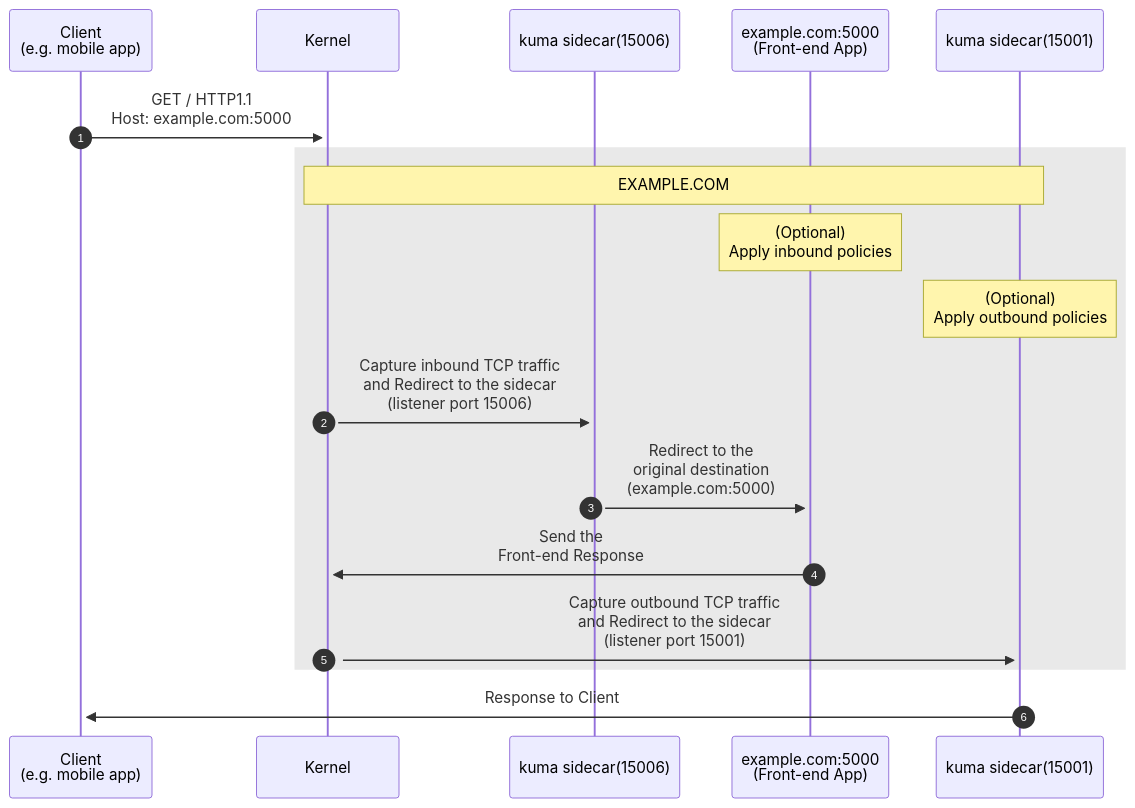
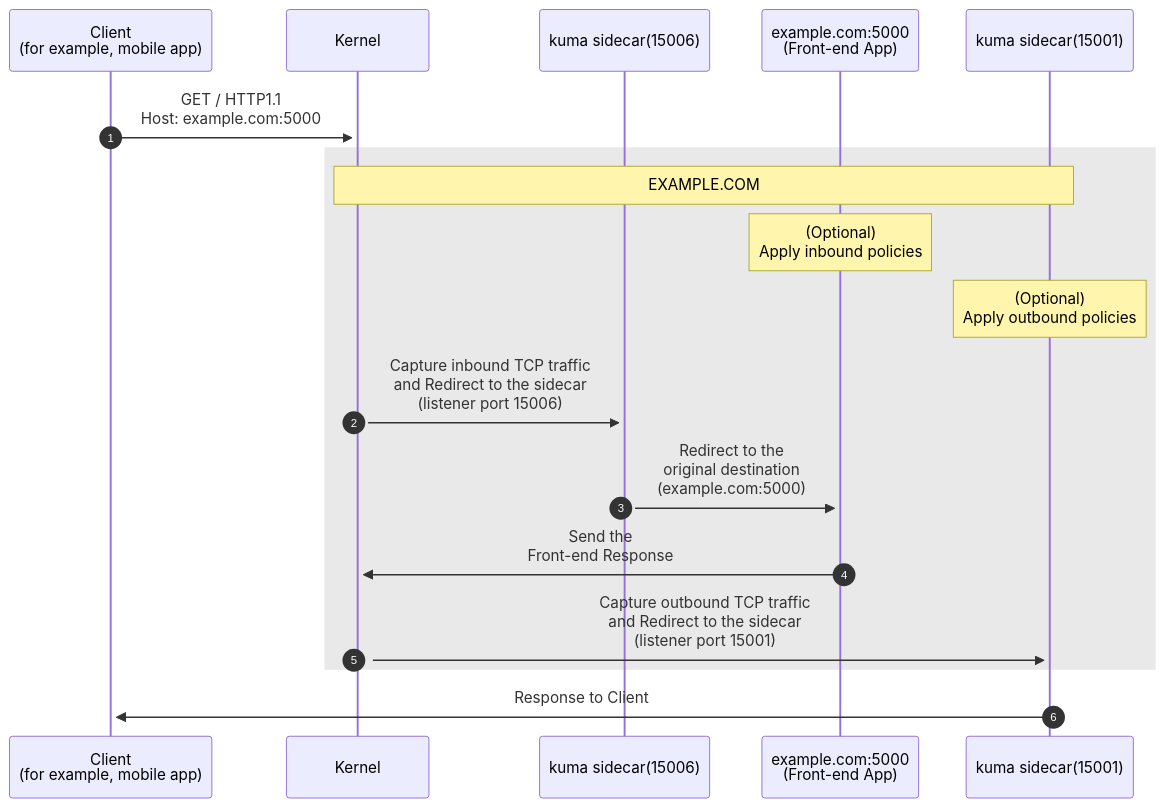
Before and after one commit to kumahq/kuma-website: the diagram in app/_src/networking/transparent-proxying.md, drawn with Mermaid. The commit also changed other lines of this file and 11 other files, not shown here.

```diff
--- a/app/_src/networking/transparent-proxying.md
+++ b/app/_src/networking/transparent-proxying.md
@@ -16,22 +17,22 @@
 {% mermaid %}
  sequenceDiagram
  autonumber
-     participant Browser as Client<br>(e.g. mobile app)
+     participant Browser as Client<br>(for example, mobile app)
      participant Kernel as Kernel
      participant ServiceMeshIn as kuma sidecar(15006)
      participant Node as example.com:5000<br>(Front-end App)
      participant ServiceMeshOut as kuma sidecar(15001)
      Browser->>+Kernel: GET / HTTP1.1<br>Host: example.com:5000
  
      rect rgb(233,233,233)
      Note over Kernel,ServiceMeshOut: EXAMPLE.COM
      Note over Node: (Optional)<br> Apply inbound policies
      Note over ServiceMeshOut: (Optional)<br> Apply outbound policies
      Kernel->>+ServiceMeshIn: Capture inbound TCP traffic<br>and Redirect to the sidecar<br> (listener port 15006)
      ServiceMeshIn->>+Node: Redirect to the<br>original destination <br>(example.com:5000)
          Node->>+Kernel: Send the <br>Front-end Response
      Kernel->>+ServiceMeshOut: Capture outbound TCP traffic<br>and Redirect to the sidecar<br> (listener port 15001)
      end
      ServiceMeshOut->>+Browser: Response to Client
      %% Note over Browser,ServiceMeshOut: Traffic Flow Sequence
 {% endmermaid %}
```
